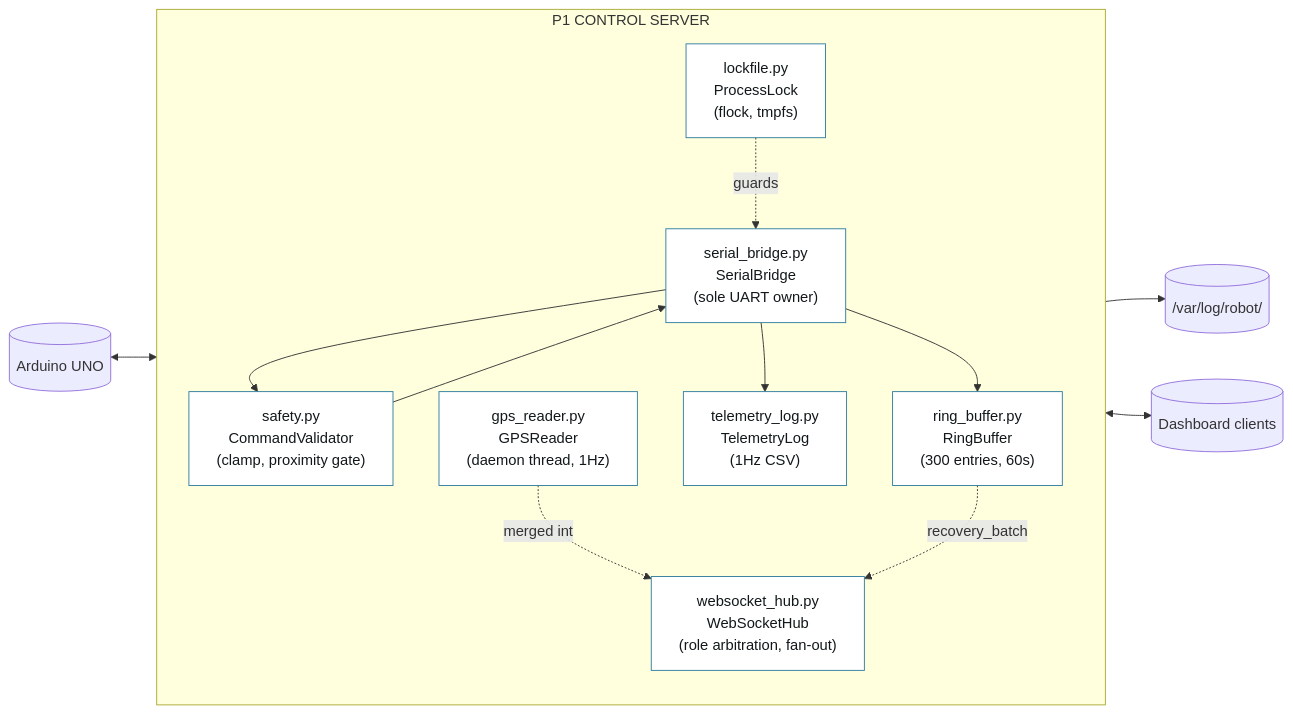
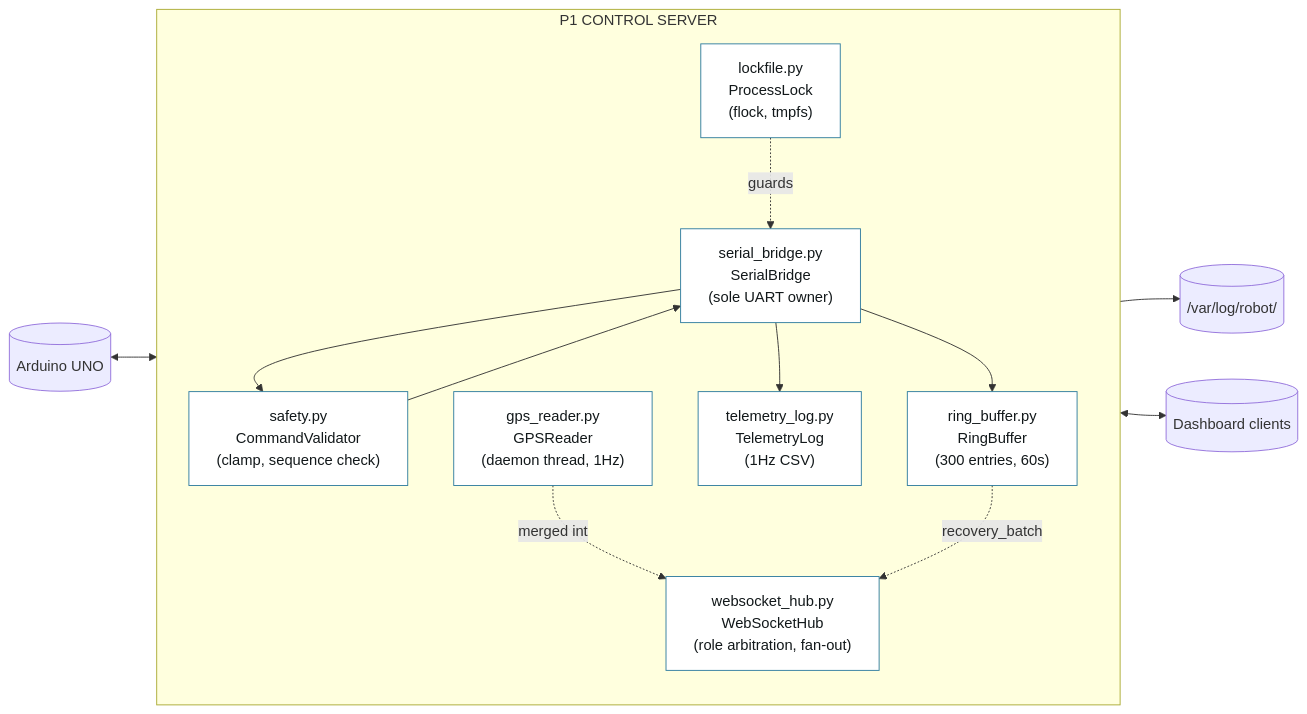
The third of 13 diagrams in docs/ARCHITECTURE.md (baiust999/robort-code-from-pi), drawn with Mermaid before and after one commit. The commit also changed other lines of this file and 27 other files, not shown here.

````diff
--- a/docs/ARCHITECTURE.md
+++ b/docs/ARCHITECTURE.md
@@ -116,30 +116,30 @@
 ```mermaid
 flowchart LR
     subgraph p1["P1 CONTROL SERVER"]
         direction TB
         lock["lockfile.py<br/>ProcessLock<br/>(flock, tmpfs)"]
         sb["serial_bridge.py<br/>SerialBridge<br/>(sole UART owner)"]
-        safety["safety.py<br/>CommandValidator<br/>(clamp, proximity gate)"]
+        safety["safety.py<br/>CommandValidator<br/>(clamp, sequence check)"]
         gps["gps_reader.py<br/>GPSReader<br/>(daemon thread, 1Hz)"]
         ring["ring_buffer.py<br/>RingBuffer<br/>(300 entries, 60s)"]
         hub["websocket_hub.py<br/>WebSocketHub<br/>(role arbitration, fan-out)"]
         tlog["telemetry_log.py<br/>TelemetryLog<br/>(1Hz CSV)"]
     end
 
     arduino[("Arduino UNO")]
     clients[("Dashboard clients")]
     disk[("/var/log/robot/")]
 
     arduino <--> sb
     lock -.guards.-> sb
     sb --> safety
     safety --> sb
     sb --> ring
     sb --> tlog --> disk
     gps -.merged into.-> hub
     ring -.recovery_batch.-> hub
     hub <--> clients
 
     classDef mod fill:#fff,stroke:#2F7C9E,color:#12181A;
     class lock,sb,safety,gps,ring,hub,tlog mod;
 ```
````
